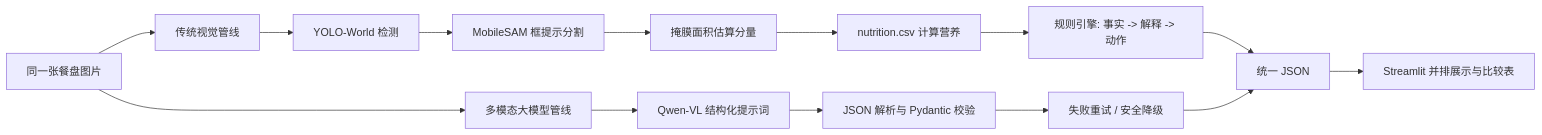
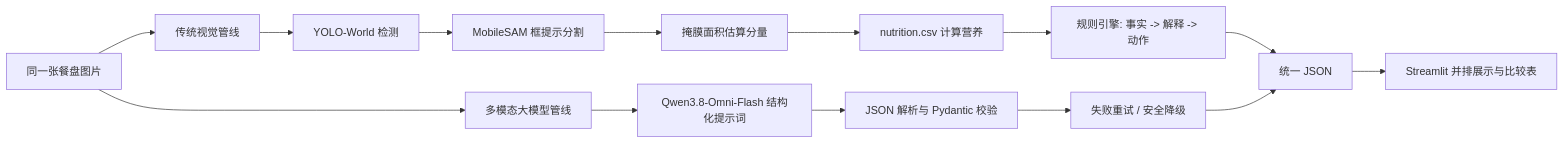
The diagram in README.md (try-yourmom/FoodCoach), drawn with Mermaid before and after one commit. The commit also changed other lines of this file and 10 other files, not shown here.

````diff
--- a/README.md
+++ b/README.md
@@ -17,16 +17,16 @@
 ```mermaid
 flowchart LR
   A[同一张餐盘图片] --> B[传统视觉管线]
   A --> C[多模态大模型管线]
   B --> D[YOLO-World 检测]
   D --> E[MobileSAM 框提示分割]
   E --> F[掩膜面积估算分量]
   F --> G[nutrition.csv 计算营养]
   G --> H[规则引擎: 事实 -> 解释 -> 动作]
-  C --> I[Qwen-VL 结构化提示词]
+  C --> I[Qwen3.8-Omni-Flash 结构化提示词]
   I --> J[JSON 解析与 Pydantic 校验]
   J --> K[失败重试 / 安全降级]
   H --> L[统一 JSON]
   K --> L
   L --> M[Streamlit 并排展示与比较表]
 ```
````
